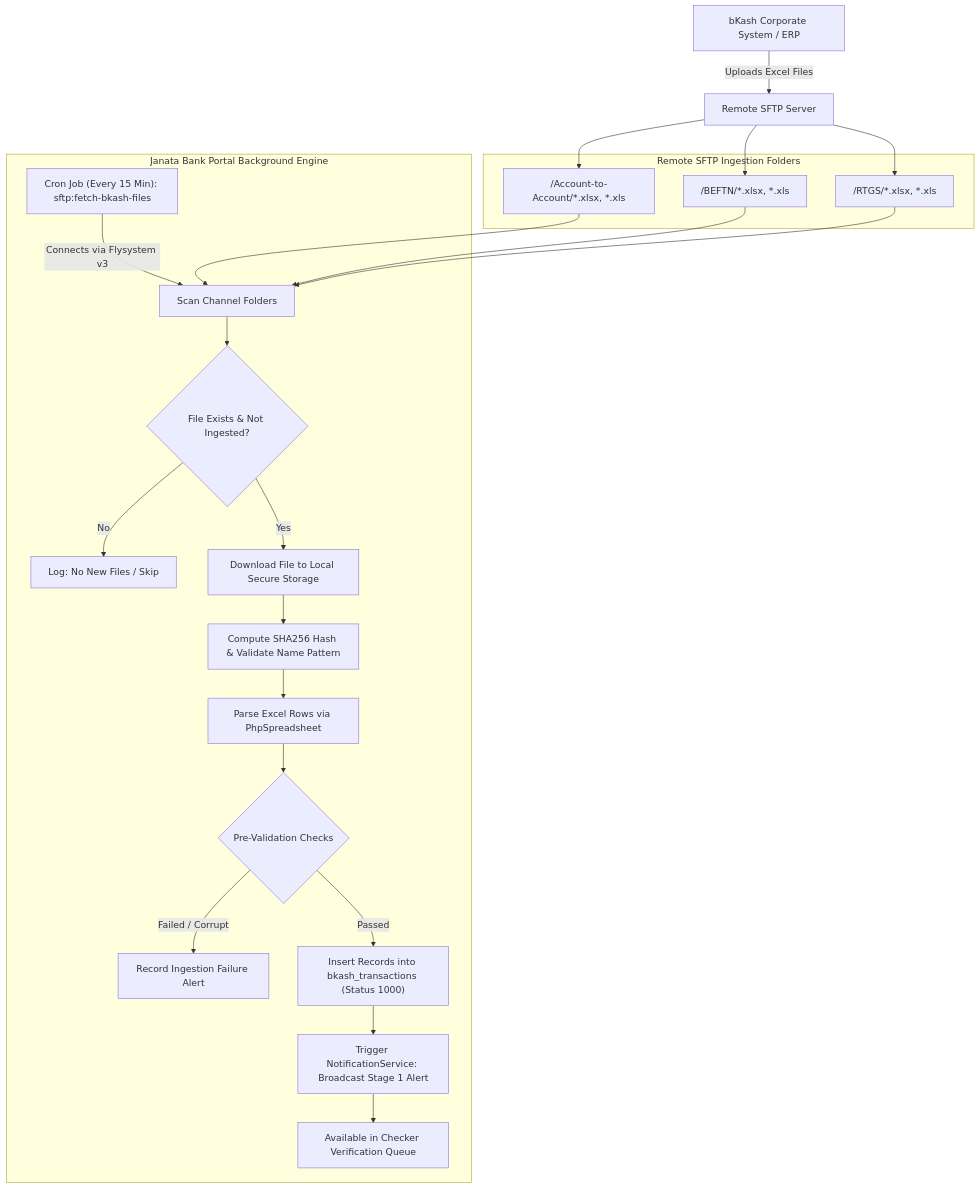
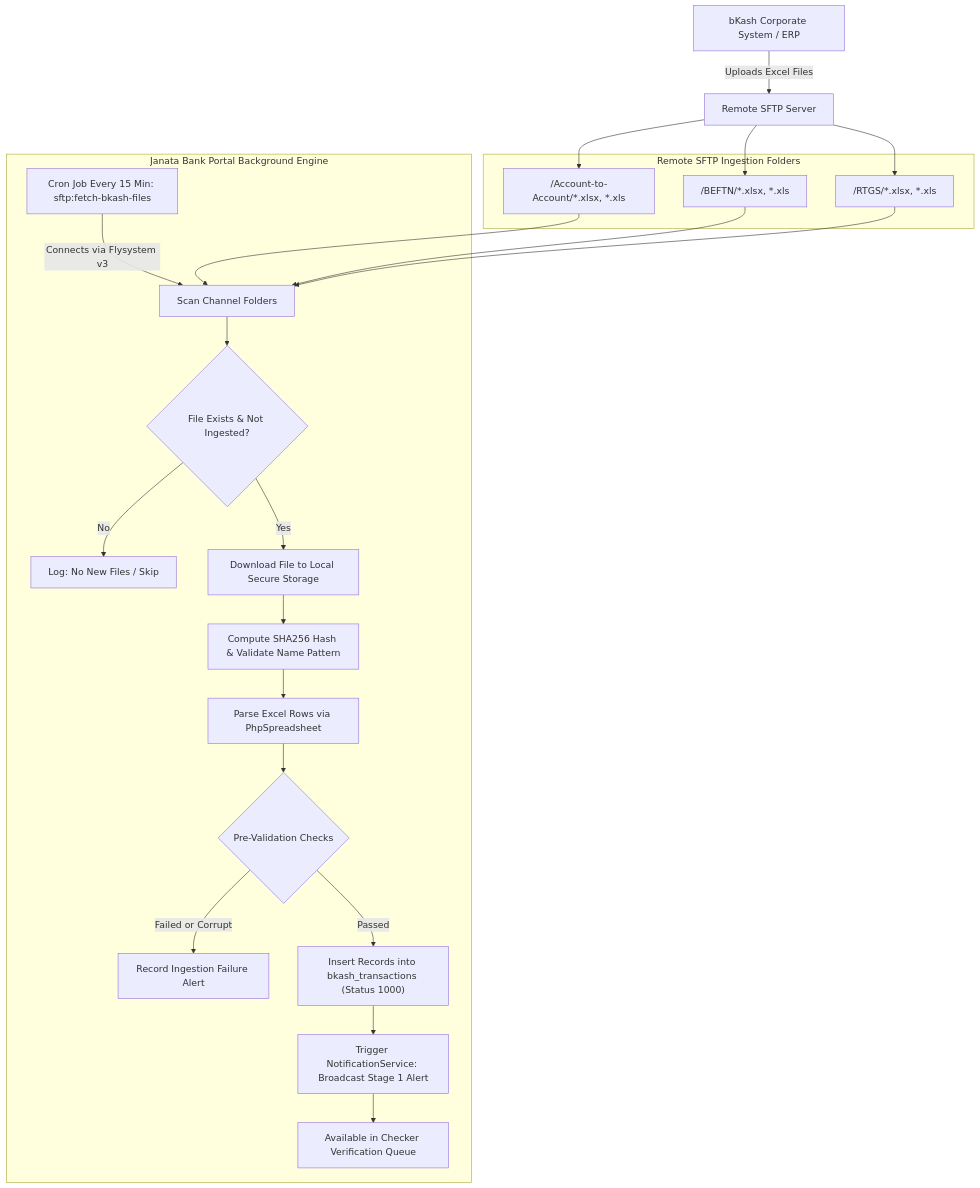
Before and after one commit to syedarifulislamemon2010/jb-corporate---bkash: the first of 6 diagrams in README.md, drawn with Mermaid. The commit also changed other lines of this file and 5 other files, not shown here.

Commit message:
Fix Mermaid flowchart syntax and generate screenshot mockups

````diff
--- a/README.md
+++ b/README.md
@@ -147,30 +147,30 @@
 ```mermaid
 flowchart TD
     A["bKash Corporate System / ERP"] -->|Uploads Excel Files| B["Remote SFTP Server"]
     
     subgraph SFTP ["Remote SFTP Ingestion Folders"]
         B1["/Account-to-Account/*.xlsx, *.xls"]
         B2["/BEFTN/*.xlsx, *.xls"]
         B3["/RTGS/*.xlsx, *.xls"]
     end
     B --> B1
     B --> B2
     B --> B3
 
     subgraph Cron ["Janata Bank Portal Background Engine"]
-        C["Cron Job (Every 15 Min): sftp:fetch-bkash-files"] -->|Connects via Flysystem v3| D["Scan Channel Folders"]
+        C["Cron Job Every 15 Min: sftp:fetch-bkash-files"] -->|Connects via Flysystem v3| D["Scan Channel Folders"]
         D --> E{"File Exists & Not Ingested?"}
         E -->|No| F["Log: No New Files / Skip"]
         E -->|Yes| G["Download File to Local Secure Storage"]
         G --> H["Compute SHA256 Hash & Validate Name Pattern"]
         H --> I["Parse Excel Rows via PhpSpreadsheet"]
         I --> J{"Pre-Validation Checks"}
-        J -->|Failed / Corrupt| K["Record Ingestion Failure Alert"]
+        J -->|Failed or Corrupt| K["Record Ingestion Failure Alert"]
         J -->|Passed| L["Insert Records into bkash_transactions (Status 1000)"]
         L --> M["Trigger NotificationService: Broadcast Stage 1 Alert"]
         M --> N["Available in Checker Verification Queue"]
     end
     B1 --> D
     B2 --> D
     B3 --> D
 ```
````
